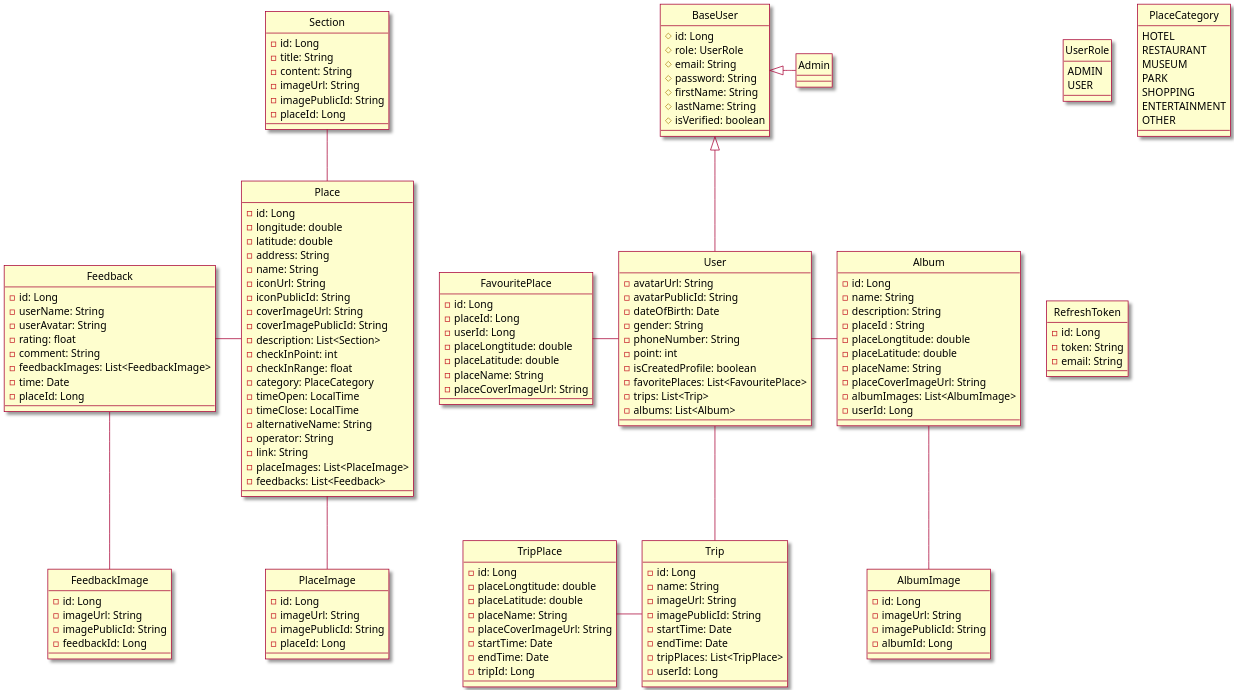
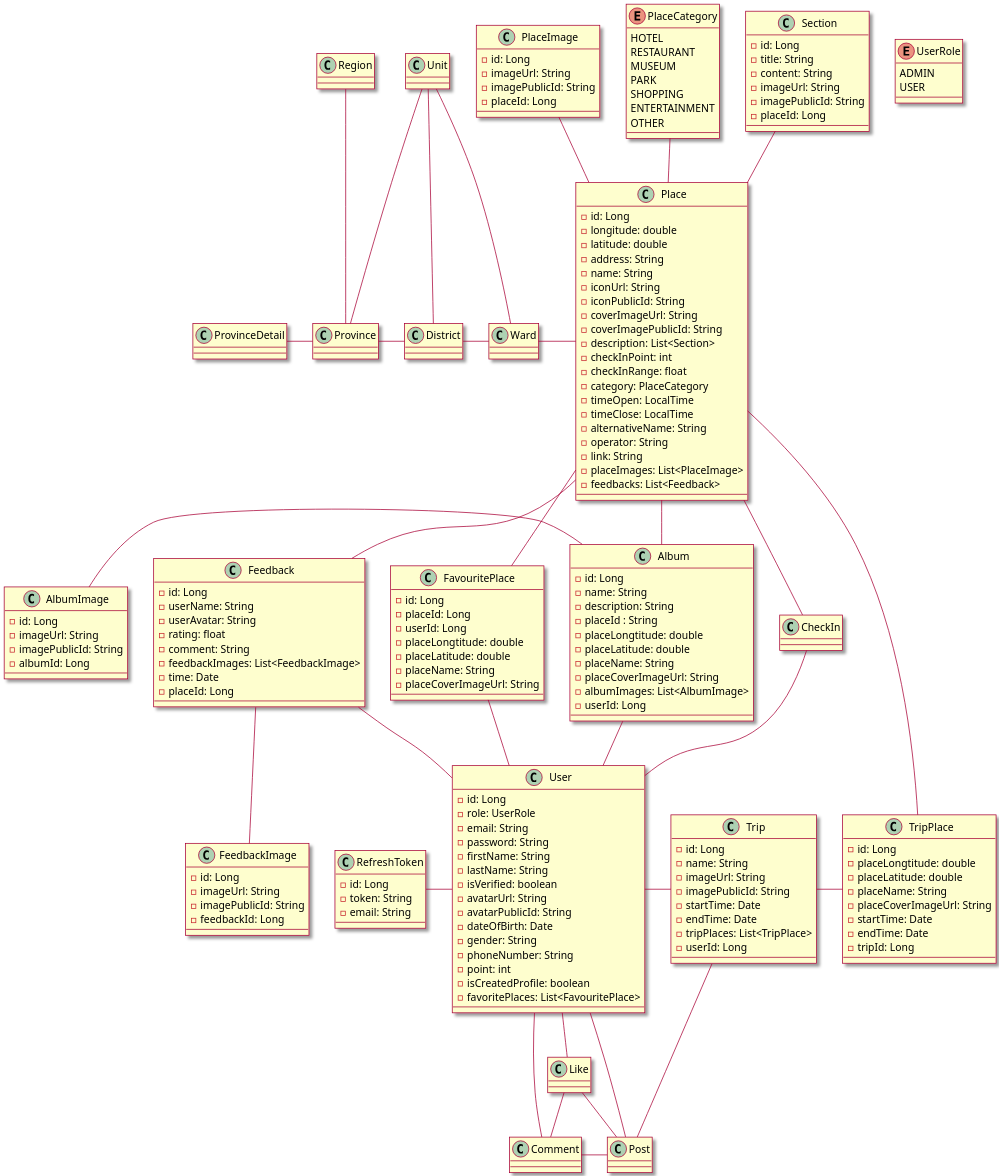
One commit to Griselda4774/WanderFun_Diagram changed the diagram in Class/Class.puml. Above: the diagram before and after it, drawn with PlantUML. The commit also changed 3 other files, not shown here.

Commit message:
update conceptual diagram

```diff
--- a/Class/Class.puml
+++ b/Class/Class.puml
@@ -1,176 +1,196 @@
 @startuml ClassDiagram
 
 skin rose
 scale 2
-hide circle
 
 class Album {
     - id: Long
     - name: String
     - description: String
     - placeId : String
     - placeLongtitude: double
     - placeLatitude: double
     - placeName: String
     - placeCoverImageUrl: String
     - albumImages: List<AlbumImage>
     - userId: Long
 }
 
 class AlbumImage {
     - id: Long
     - imageUrl: String
     - imagePublicId: String
     - albumId: Long
 }
 
-class BaseUser {
-    # id: Long
-    # role: UserRole
-    # email: String
-    # password: String
-    # firstName: String
-    # lastName: String
-    # isVerified: boolean
-}
-
-class Admin {
-
-}
-
 class User {
+    - id: Long
+    - role: UserRole
+    - email: String
+    - password: String
+    - firstName: String
+    - lastName: String
+    - isVerified: boolean
     - avatarUrl: String
     - avatarPublicId: String
     - dateOfBirth: Date
     - gender: String
     - phoneNumber: String
     - point: int
     - isCreatedProfile: boolean
     - favoritePlaces: List<FavouritePlace>
-    - trips: List<Trip>
-    - albums: List<Album>
 }
 
 class Place {
     - id: Long
     - longitude: double
     - latitude: double
     - address: String
     - name: String
     - iconUrl: String
     - iconPublicId: String
     - coverImageUrl: String
     - coverImagePublicId: String
     - description: List<Section>
     - checkInPoint: int
     - checkInRange: float
     - category: PlaceCategory
     - timeOpen: LocalTime
     - timeClose: LocalTime
     - alternativeName: String
     - operator: String
     - link: String
     - placeImages: List<PlaceImage>
     - feedbacks: List<Feedback>
 }
 
 class PlaceImage {
     - id: Long
     - imageUrl: String
     - imagePublicId: String
     - placeId: Long
 }
 
 class Feedback {
     - id: Long
     - userName: String
     - userAvatar: String
     - rating: float
     - comment: String
     - feedbackImages: List<FeedbackImage>
     - time: Date
     - placeId: Long
 }
 
 class FeedbackImage {
     - id: Long
     - imageUrl: String
     - imagePublicId: String
     - feedbackId: Long
 }
 
 class Section {
     - id: Long
     - title: String
     - content: String
     - imageUrl: String
     - imagePublicId: String
     - placeId: Long
 }
 
 class FavouritePlace {
     - id: Long
     - placeId: Long
     - userId: Long
     - placeLongtitude: double
     - placeLatitude: double
     - placeName: String
     - placeCoverImageUrl: String
 }
 
 class Trip {
     - id: Long
     - name: String
     - imageUrl: String
     - imagePublicId: String
     - startTime: Date
     - endTime: Date
     - tripPlaces: List<TripPlace>
     - userId: Long
 }
 
 class TripPlace {
     - id: Long
     - placeLongtitude: double
     - placeLatitude: double
     - placeName: String
     - placeCoverImageUrl: String
     - startTime: Date
     - endTime: Date
     - tripId: Long
 }
 
 enum UserRole {
     ADMIN
     USER
 }
 
 enum PlaceCategory {
     HOTEL
     RESTAURANT
     MUSEUM
     PARK
     SHOPPING
     ENTERTAINMENT
     OTHER
 }
 
 class RefreshToken {
     - id: Long
     - token: String
     - email: String
 }
 
-BaseUser <|-right- Admin
-BaseUser <|-down- User
-Place -left- Feedback
+User -right- Trip
+User -up- Album
+User -up- FavouritePlace
+User -left- RefreshToken
+User -down- Post
+User -down- Comment
+User -up- CheckIn
+User -down- Like
+
+Album -left- AlbumImage
+Album -up- Place
+
+Trip -right- TripPlace
+
+Place -down- Feedback
+Place -up- Section
+Place -up- PlaceCategory
+Place -up- PlaceImage
+Place -left- Ward
+Place -down- FavouritePlace
+Place -down- CheckIn
+Place -down- TripPlace
+
 Feedback -down- FeedbackImage
-User -down- Trip
-User -left- FavouritePlace
-Trip -left- TripPlace
-User -right- Album
-Album -down- AlbumImage
-Place -up- Section
-Place -down- PlaceImage
+Feedback -right- User
+
+Province -up- Unit
+Province -up- Region
+Province -left- ProvinceDetail
+
+District -up- Unit
+District -left- Province
+
+Ward -up- Unit
+Ward -left- District
+
+Post -left- Comment
+Post -up- Like
+Post -up- Trip
+
+Comment -up- Like
 
 @enduml
```
